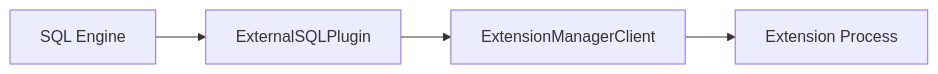
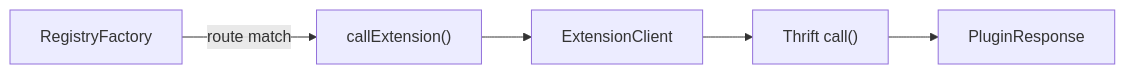
Before and after one commit to flamingo-stack/osquery: the fourth of 6 diagrams in docs/reference/architecture/extensions-and-ipc/extensions-and-ipc.md, drawn with Mermaid. The commit also changed other lines of this file and 388 other files, not shown here.

````diff
--- a/docs/reference/architecture/extensions-and-ipc/extensions-and-ipc.md
+++ b/docs/reference/architecture/extensions-and-ipc/extensions-and-ipc.md
@@ -217,6 +122,7 @@
 ```mermaid
 flowchart LR
-    SQL["SQL Engine"] --> ExternalSQL["ExternalSQLPlugin"]
-    ExternalSQL --> ManagerClient["ExtensionManagerClient"]
-    ManagerClient --> Extension["Extension Process"]
+    Registry["RegistryFactory"] -->|"route match"| CallExt["callExtension()"]
+    CallExt --> Client["ExtensionClient"]
+    Client --> Thrift["Thrift call()"]
+    Thrift --> Response["PluginResponse"]
 ```
````
